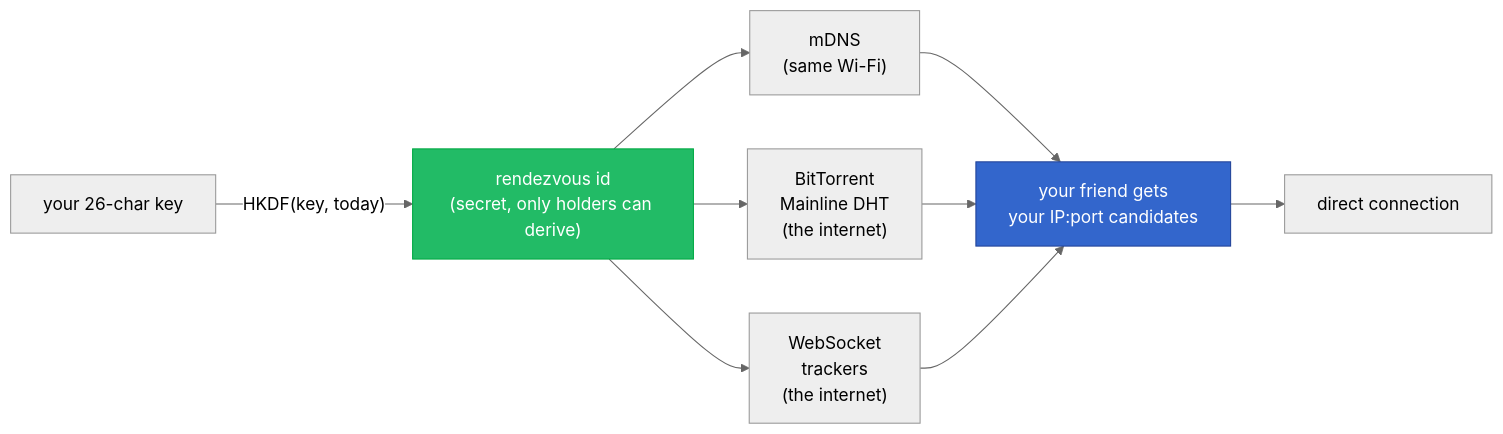
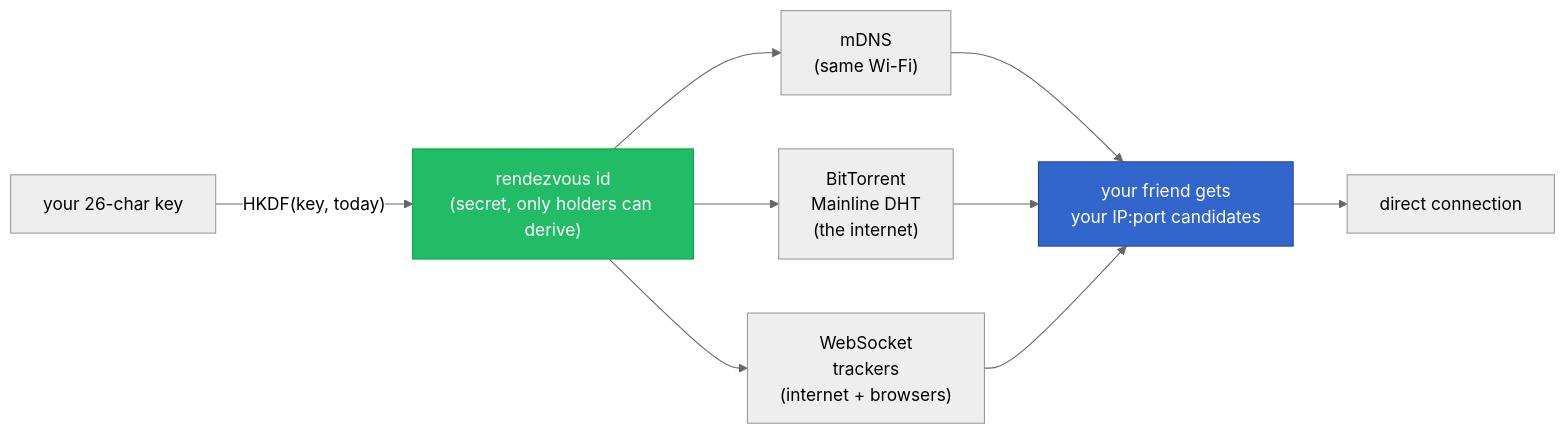
One commit to fire17/p2p changed the first of 3 diagrams in README.md. Above: the diagram before and after it, drawn with Mermaid (neutral theme). The commit also changed other lines of this file and 4 other files, not shown here.

````diff
--- a/README.md
+++ b/README.md
@@ -90,13 +180,13 @@
 ```mermaid
 flowchart LR
   K["your 26-char key"] -->|"HKDF(key, today)"| R["rendezvous id<br/>(secret, only holders can derive)"]
   R --> M["mDNS<br/>(same Wi-Fi)"]
   R --> D["BitTorrent<br/>Mainline DHT<br/>(the internet)"]
-  R --> T["WebSocket<br/>trackers<br/>(the internet)"]
+  R --> T["WebSocket<br/>trackers<br/>(internet + browsers)"]
   M --> C["your friend gets<br/>your IP:port candidates"]
   D --> C
   T --> C
   C --> P["direct connection"]
   style R fill:#2b6,stroke:#0a4,color:#fff
   style C fill:#36c,stroke:#249,color:#fff
 ```
````
